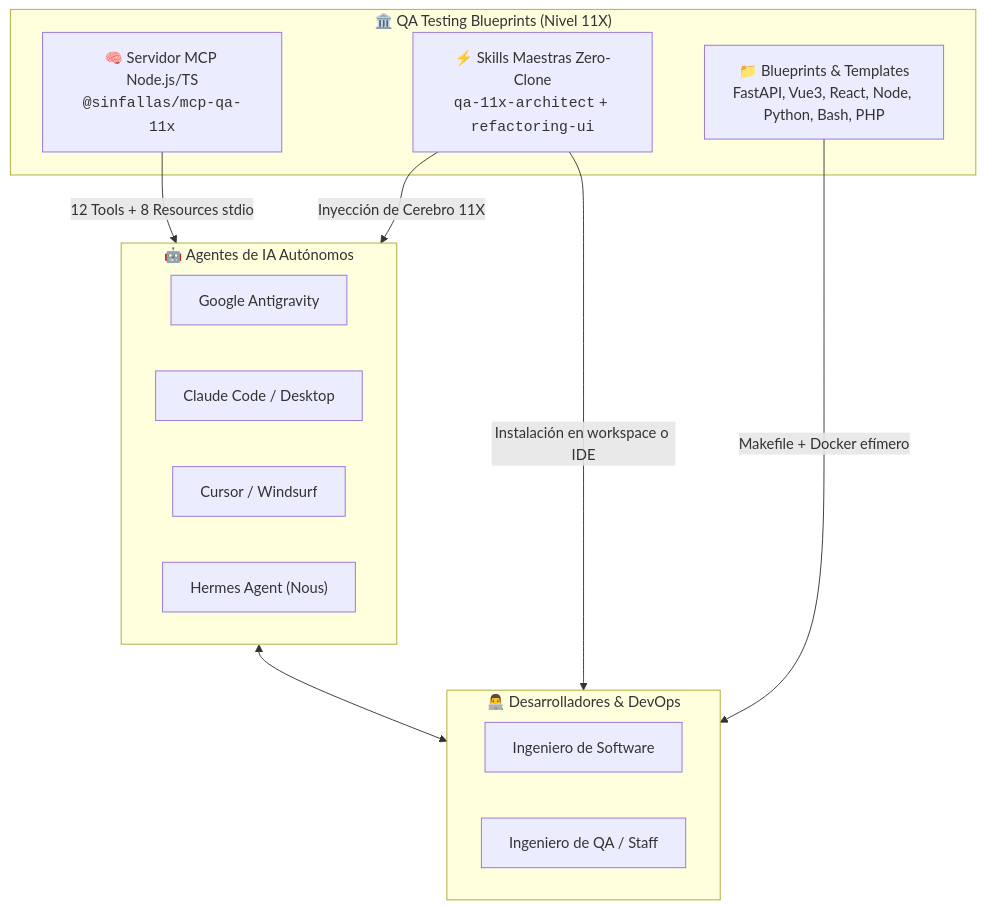
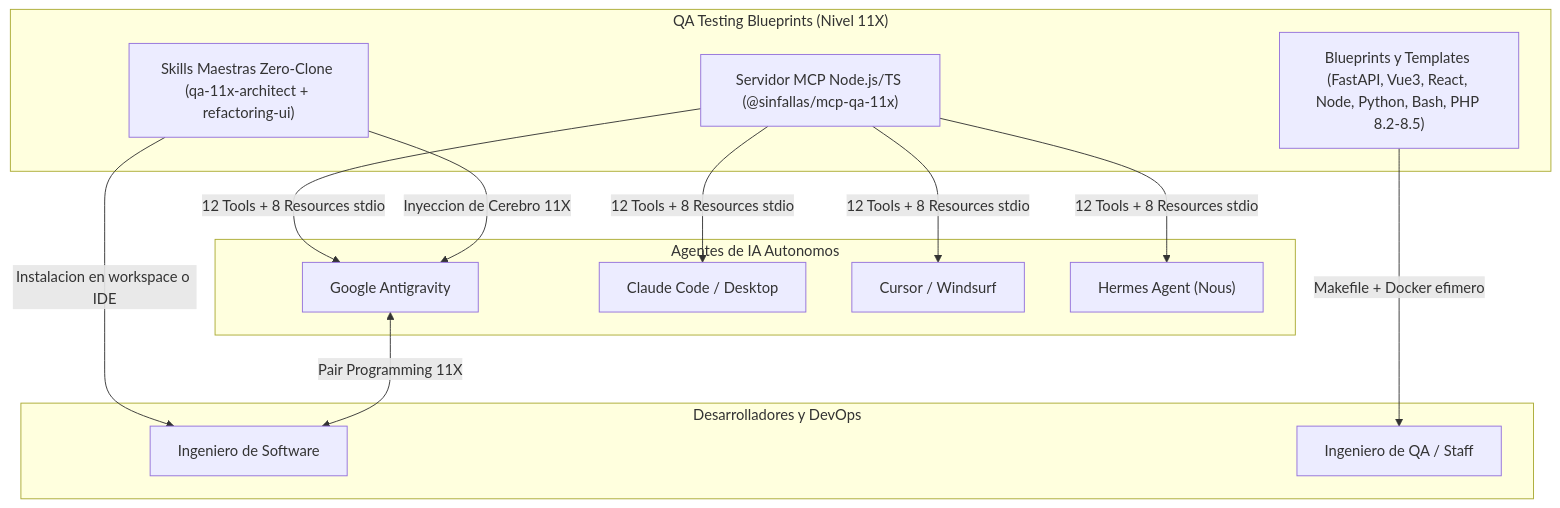
One commit to tecno-consultores/qa-testing-blueprints changed the diagram in README.md. Above: the diagram before and after it, drawn with Mermaid. The commit also changed other lines of this file and 31 other files, not shown here.

Commit message:
docs(11x): restaurar matriz de herramientas, actualizar tags Docker Hub y corregir diagramas Mermaid

````diff
--- a/README.md
+++ b/README.md
@@ -88,26 +105,29 @@
 ```mermaid
 flowchart TD
-    subgraph Ecosistema["🏛️ QA Testing Blueprints (Nivel 11X)"]
-        MCP["🧠 Servidor MCP Node.js/TS<br><code>@sinfallas/mcp-qa-11x</code>"]
-        Skills["⚡ Skills Maestras Zero-Clone<br><code>qa-11x-architect</code> + <code>refactoring-ui</code>"]
-        Blueprints["📁 Blueprints & Templates<br>FastAPI, Vue3, React, Node, Python, Bash, PHP"]
+    subgraph Ecosistema["QA Testing Blueprints (Nivel 11X)"]
+        MCP["Servidor MCP Node.js/TS (@sinfallas/mcp-qa-11x)"]
+        Skills["Skills Maestras Zero-Clone (qa-11x-architect + refactoring-ui)"]
+        Blueprints["Blueprints y Templates (FastAPI, Vue3, React, Node, Python, Bash, PHP 8.2-8.5)"]
     end
 
-    subgraph ConsumidoresIA["🤖 Agentes de IA Autónomos"]
+    subgraph ConsumidoresIA["Agentes de IA Autonomos"]
         AGY["Google Antigravity"]
         Claude["Claude Code / Desktop"]
         Cursor["Cursor / Windsurf"]
         Hermes["Hermes Agent (Nous)"]
     end
 
-    subgraph ConsumidoresHumanos["👨‍💻 Desarrolladores & DevOps"]
+    subgraph ConsumidoresHumanos["Desarrolladores y DevOps"]
         Dev["Ingeniero de Software"]
         QAEng["Ingeniero de QA / Staff"]
     end
 
-    MCP -- "12 Tools + 8 Resources stdio" --> ConsumidoresIA
-    Skills -- "Inyección de Cerebro 11X" --> ConsumidoresIA
-    Skills -- "Instalación en workspace o IDE" --> ConsumidoresHumanos
-    Blueprints -- "Makefile + Docker efímero" --> ConsumidoresHumanos
-    ConsumidoresIA <--> ConsumidoresHumanos
+    MCP -->|"12 Tools + 8 Resources stdio"| AGY
+    MCP -->|"12 Tools + 8 Resources stdio"| Claude
+    MCP -->|"12 Tools + 8 Resources stdio"| Cursor
+    MCP -->|"12 Tools + 8 Resources stdio"| Hermes
+    Skills -->|"Inyeccion de Cerebro 11X"| AGY
+    Skills -->|"Instalacion en workspace o IDE"| Dev
+    Blueprints -->|"Makefile + Docker efimero"| QAEng
+    AGY <-->|"Pair Programming 11X"| Dev
 ```
````
